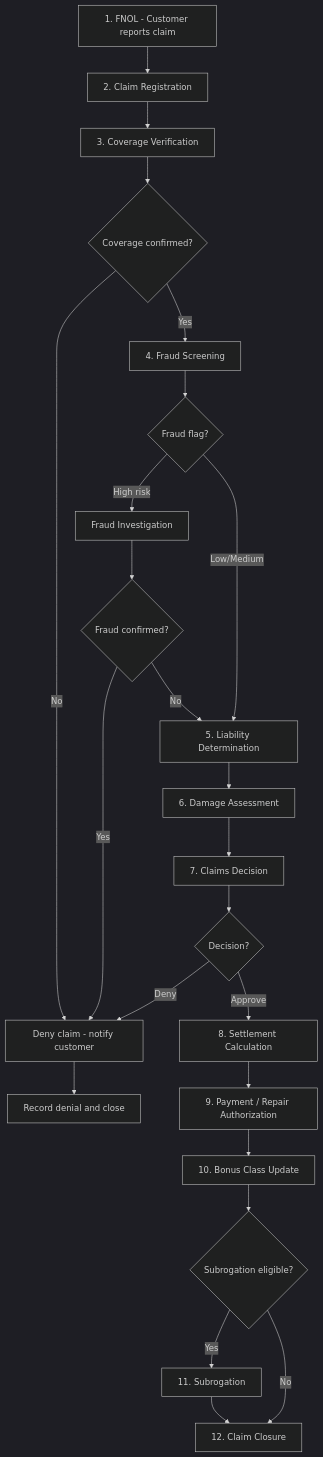
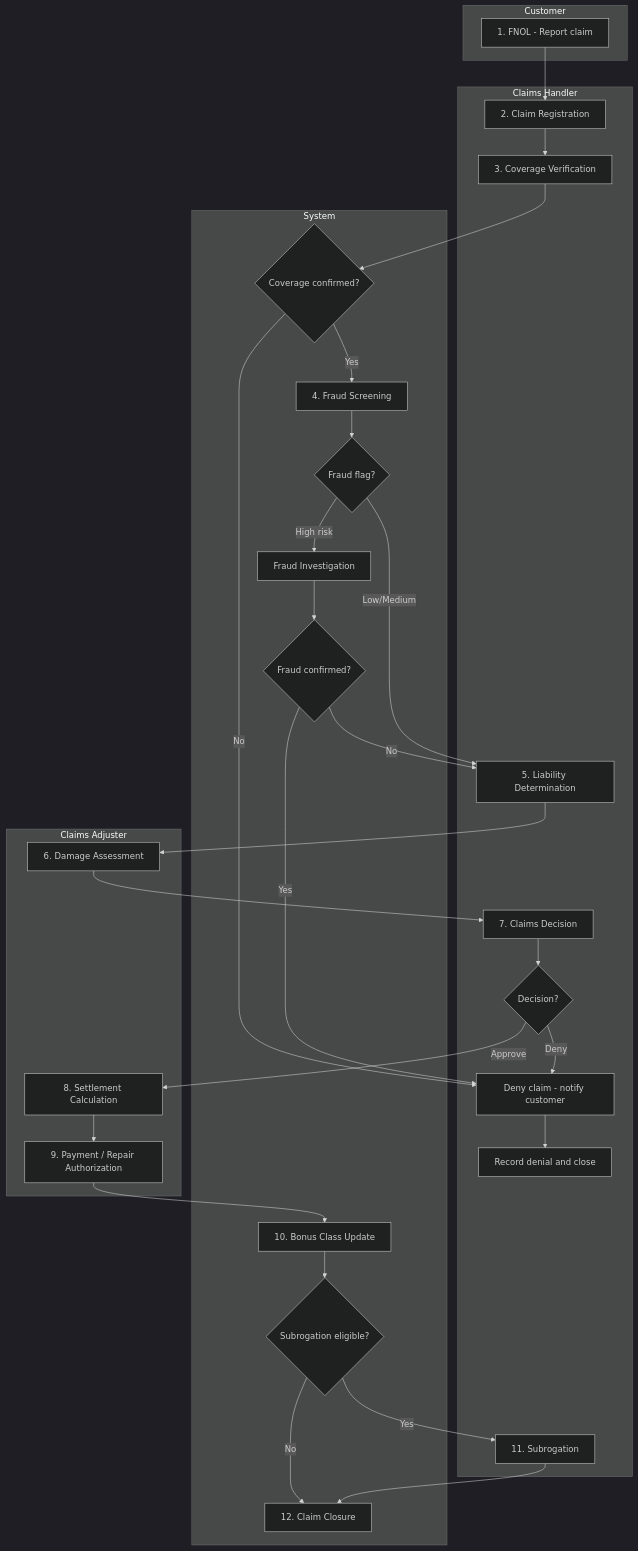
The first of 2 diagrams in docs/phase-1-motor/use-cases/uc-claims-lifecycle.md (Agentic-software-factory/insurance-platform-requirements), drawn with Mermaid (dark theme) before and after one commit. The commit also changed 13 other files, not shown here.

````diff
--- a/docs/phase-1-motor/use-cases/uc-claims-lifecycle.md
+++ b/docs/phase-1-motor/use-cases/uc-claims-lifecycle.md
@@ -38,26 +38,55 @@
 ```mermaid
 flowchart TD
-    A[1. FNOL - Customer reports claim] --> B[2. Claim Registration]
-    B --> C[3. Coverage Verification]
-    C --> D{Coverage confirmed?}
-    D -->|No| E[Deny claim - notify customer]
-    D -->|Yes| F[4. Fraud Screening]
-    F --> G{Fraud flag?}
-    G -->|High risk| H[Fraud Investigation]
-    H --> I{Fraud confirmed?}
+    subgraph Customer
+        A[1. FNOL - Report claim]
+    end
+    subgraph Claims Handler
+        B[2. Claim Registration]
+        C[3. Coverage Verification]
+        J[5. Liability Determination]
+        L[7. Claims Decision]
+        M{Decision?}
+        E[Deny claim - notify customer]
+        T[Record denial and close]
+        R[11. Subrogation]
+    end
+    subgraph System
+        D{Coverage confirmed?}
+        F[4. Fraud Screening]
+        G{Fraud flag?}
+        H[Fraud Investigation]
+        I{Fraud confirmed?}
+        P[10. Bonus Class Update]
+        Q{Subrogation eligible?}
+        S[12. Claim Closure]
+    end
+    subgraph Claims Adjuster
+        K[6. Damage Assessment]
+        N[8. Settlement Calculation]
+        O[9. Payment / Repair Authorization]
+    end
+
+    A --> B
+    B --> C
+    C --> D
+    D -->|No| E
+    D -->|Yes| F
+    F --> G
+    G -->|High risk| H
+    H --> I
     I -->|Yes| E
-    I -->|No| J[5. Liability Determination]
+    I -->|No| J
     G -->|Low/Medium| J
-    J --> K[6. Damage Assessment]
-    K --> L[7. Claims Decision]
-    L --> M{Decision?}
+    J --> K
+    K --> L
+    L --> M
     M -->|Deny| E
-    M -->|Approve| N[8. Settlement Calculation]
-    N --> O[9. Payment / Repair Authorization]
-    O --> P[10. Bonus Class Update]
-    P --> Q{Subrogation eligible?}
-    Q -->|Yes| R[11. Subrogation]
-    Q -->|No| S[12. Claim Closure]
+    M -->|Approve| N
+    N --> O
+    O --> P
+    P --> Q
+    Q -->|Yes| R
+    Q -->|No| S
     R --> S
-    E --> T[Record denial and close]
+    E --> T
 ```
````
